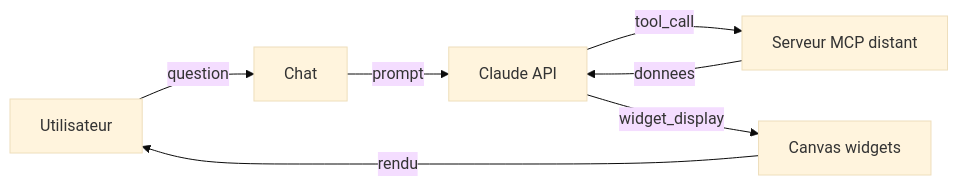
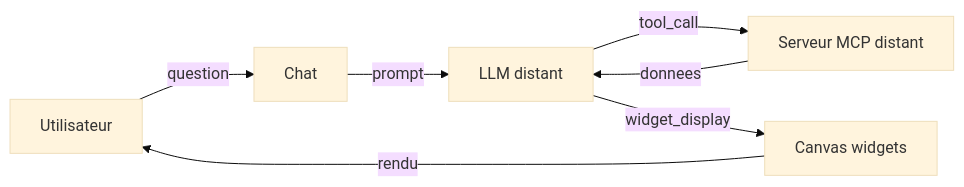
Before and after one commit to jeanbaptiste/webmcp-auto-ui: the first of 3 diagrams in docs-site/src/content/docs/tutorials/boilerplate.mdx, drawn with Mermaid (base theme). The commit also changed other lines of this file and 131 other files, not shown here.

````diff
--- a/docs-site/src/content/docs/tutorials/boilerplate.mdx
+++ b/docs-site/src/content/docs/tutorials/boilerplate.mdx
@@ -29,9 +29,9 @@
 ```mermaid
 graph LR
     U[Utilisateur] -->|question| Chat
-    Chat -->|prompt| Claude[Claude API]
-    Claude -->|tool_call| MCP[Serveur MCP distant]
-    MCP -->|donnees| Claude
-    Claude -->|widget_display| Canvas[Canvas widgets]
+    Chat -->|prompt| LLM[LLM distant]
+    LLM -->|tool_call| MCP[Serveur MCP distant]
+    MCP -->|donnees| LLM
+    LLM -->|widget_display| Canvas[Canvas widgets]
     Canvas -->|rendu| U
 ```
````
